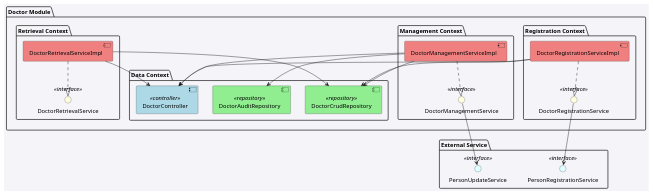
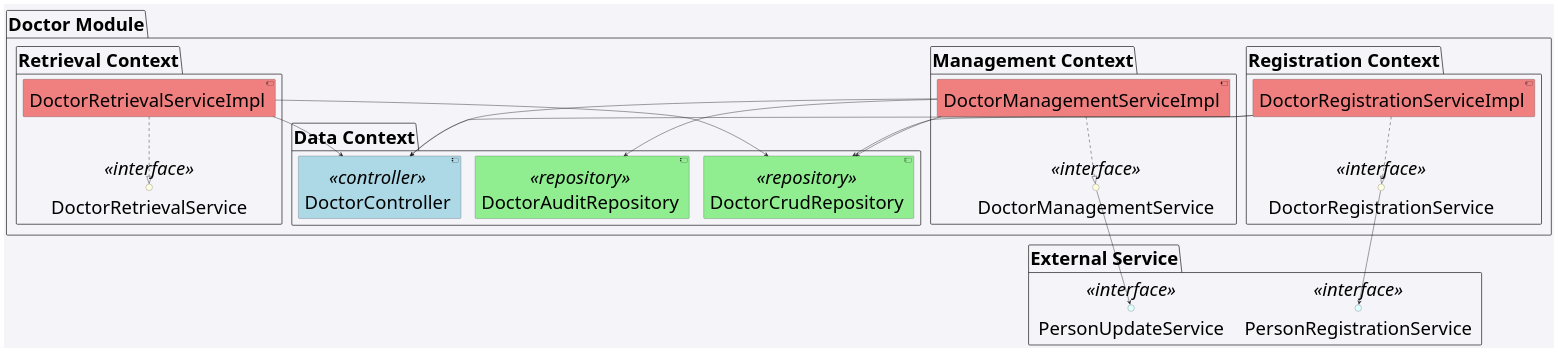
Before and after one commit to LazaroDamasceno/Dissertacao-Mestrado: the diagram in codes/component_diagram_doctor.wsd, drawn with PlantUML. The commit also changed 13 other files, not shown here.

```diff
--- a/codes/component_diagram_doctor.wsd
+++ b/codes/component_diagram_doctor.wsd
@@ -1,53 +1,53 @@
 @startuml
 
 skinparam backgroundColor #f4f4f9
 skinparam componentStyle uml2
-
+skinparam defaultFontSize 45
 
 package "Doctor Module" {
 
     package "Data Context" {
         component "DoctorController" <<controller>> #lightblue
         component "DoctorCrudRepository" <<repository>> #lightgreen
         component "DoctorAuditRepository" <<repository>> #lightgreen
     }
 
     package "Registration Context" {
         interface "DoctorRegistrationService" <<interface>> #lightyellow
         component "DoctorRegistrationServiceImpl" #lightcoral
 
         DoctorRegistrationServiceImpl ..|> DoctorRegistrationService
         DoctorRegistrationServiceImpl --> DoctorCrudRepository
         DoctorRegistrationServiceImpl --> DoctorController
     }
 
     package "Management Context" {
         interface "DoctorManagementService" <<interface>> #lightyellow
         component "DoctorManagementServiceImpl" #lightcoral
 
         DoctorManagementServiceImpl ..|> DoctorManagementService
         DoctorManagementServiceImpl --> DoctorCrudRepository
         DoctorManagementServiceImpl --> DoctorAuditRepository
         DoctorManagementServiceImpl --> DoctorController
     }
 
     package "Retrieval Context" {
         interface "DoctorRetrievalService" <<interface>> #lightyellow
         component "DoctorRetrievalServiceImpl" #lightcoral
 
         DoctorRetrievalServiceImpl ..|> DoctorRetrievalService
         DoctorRetrievalServiceImpl --> DoctorCrudRepository
         DoctorRetrievalServiceImpl --> DoctorController
     }
 
 }
 
 package "External Service" {
     interface "PersonRegistrationService" <<interface>> #lightcyan
     interface "PersonUpdateService" <<interface>> #lightcyan
 }
 
 DoctorRegistrationService --> PersonRegistrationService
 DoctorManagementService --> PersonUpdateService
 
 @enduml
```
